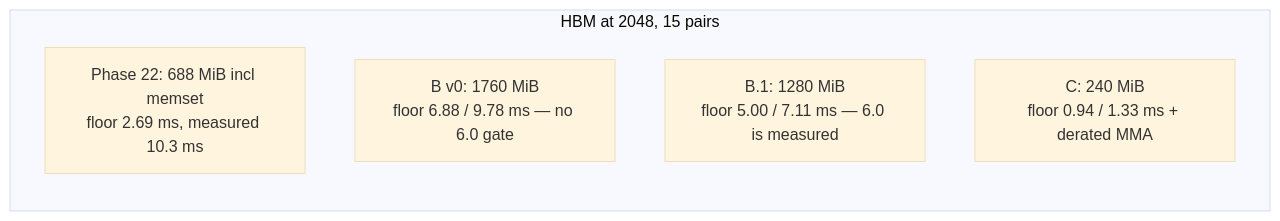
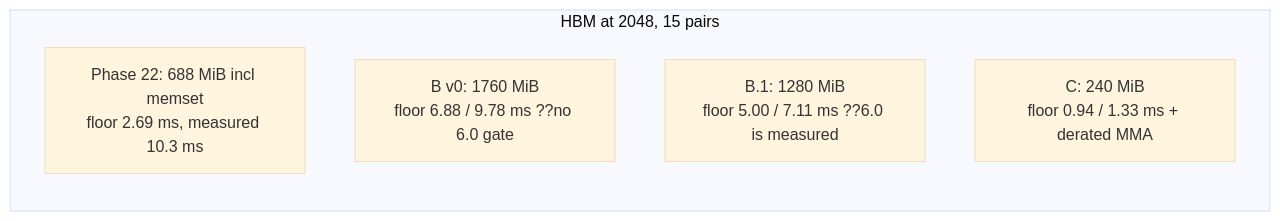
The second of 4 diagrams in docs2/SPEC_int8_peak.md (aloha1357/AdaptiveGEMM), drawn with Mermaid (base theme) before and after one commit. The commit also changed other lines of this file and 18 other files, not shown here.

````diff
--- a/docs2/SPEC_int8_peak.md
+++ b/docs2/SPEC_int8_peak.md
@@ -690,9 +690,9 @@
 ```mermaid
 flowchart LR
     subgraph traffic [HBM at 2048, 15 pairs]
       P22["Phase 22: 688 MiB incl memset<br/>floor 2.69 ms, measured 10.3 ms"]
-      Bv0["B v0: 1760 MiB<br/>floor 6.88 / 9.78 ms — no 6.0 gate"]
-      B1["B.1: 1280 MiB<br/>floor 5.00 / 7.11 ms — 6.0 is measured"]
+      Bv0["B v0: 1760 MiB<br/>floor 6.88 / 9.78 ms ??no 6.0 gate"]
+      B1["B.1: 1280 MiB<br/>floor 5.00 / 7.11 ms ??6.0 is measured"]
       C["C: 240 MiB<br/>floor 0.94 / 1.33 ms + derated MMA"]
     end
 ```
````
